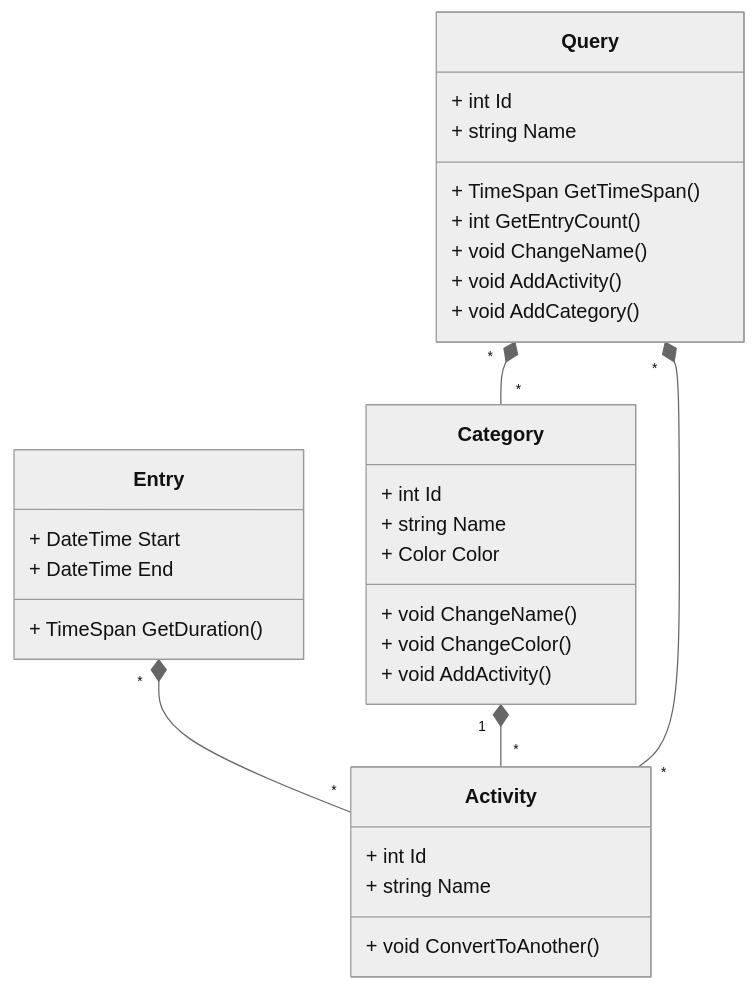
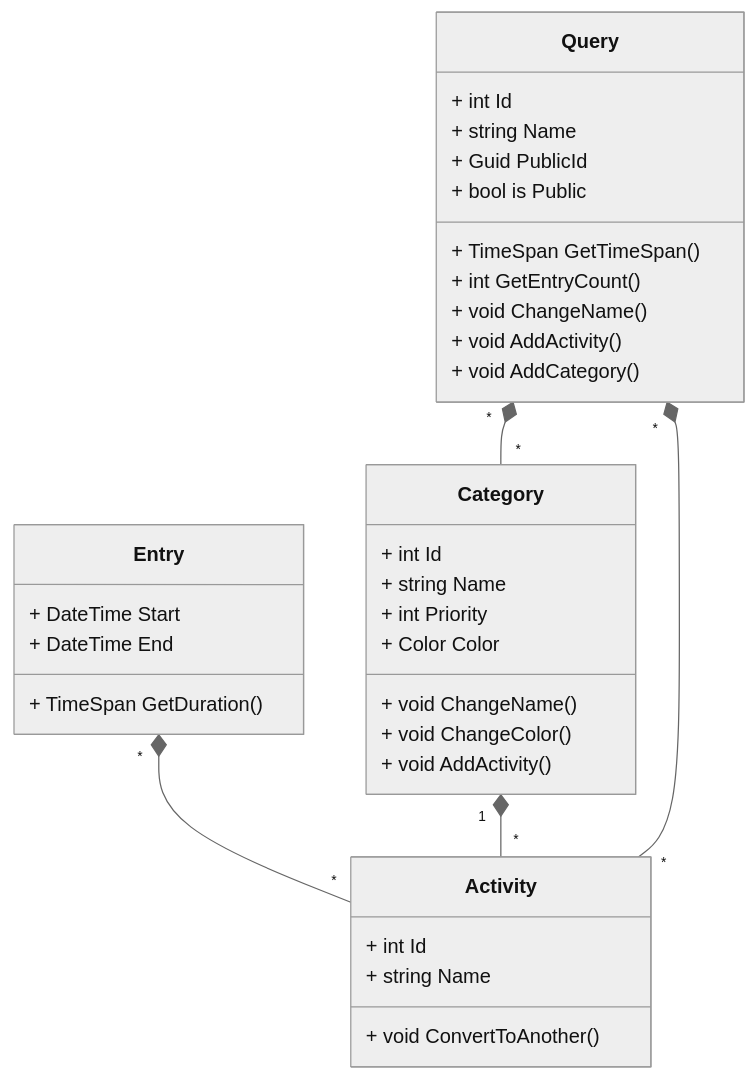
The first of 5 diagrams in Documentation/Design Analysis/Problem Domain Analysis.md (theodor349/WeeklyReview), drawn with Mermaid (neutral theme) before and after one commit. The commit also changed other lines of this file and 1 other file, not shown here.

````diff
--- a/Documentation/Design Analysis/Problem Domain Analysis.md
+++ b/Documentation/Design Analysis/Problem Domain Analysis.md
@@ -95,35 +99,38 @@
 ```mermaid
 classDiagram
   Entry "*" *-- "*" Activity 
   Category "1" *-- "*" Activity
   Query "*" *-- "*" Activity
   Query "*" *-- "*" Category
 
   class Entry {
     + DateTime Start
     + DateTime End
     + TimeSpan GetDuration()
   }
   class Activity {
     + int Id
     + string Name
     + void ConvertToAnother()
   }
   class Category {
     + int Id
     + string Name
+    + int Priority
     + Color Color
     + void ChangeName()
     + void ChangeColor()
     + void AddActivity()
   }
   class Query {
     + int Id
     + string Name
+    + Guid PublicId
+    + bool is Public
     + TimeSpan GetTimeSpan()
     + int GetEntryCount()
     + void ChangeName()
     + void AddActivity()
     + void AddCategory()
   }
 ```
````
